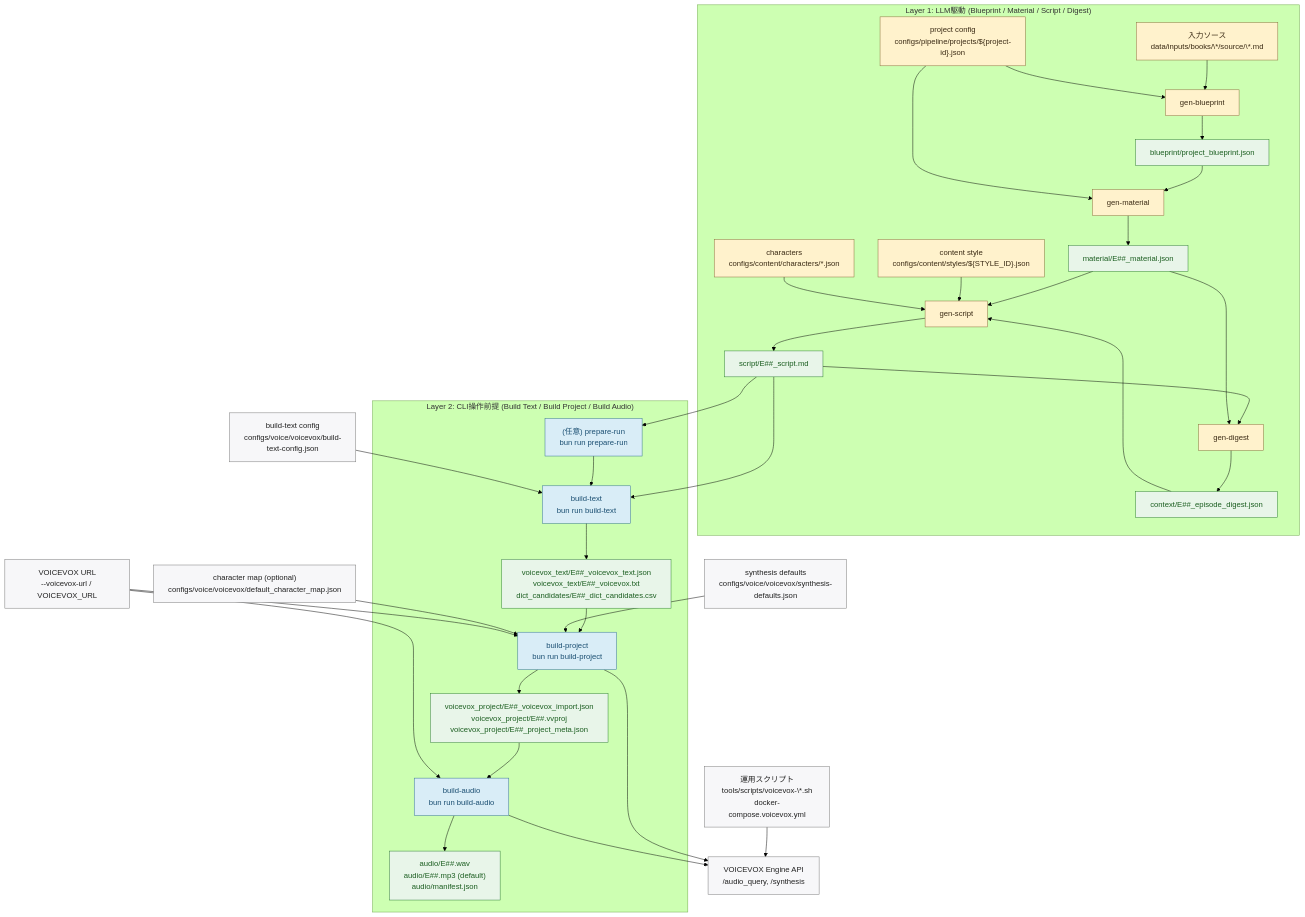
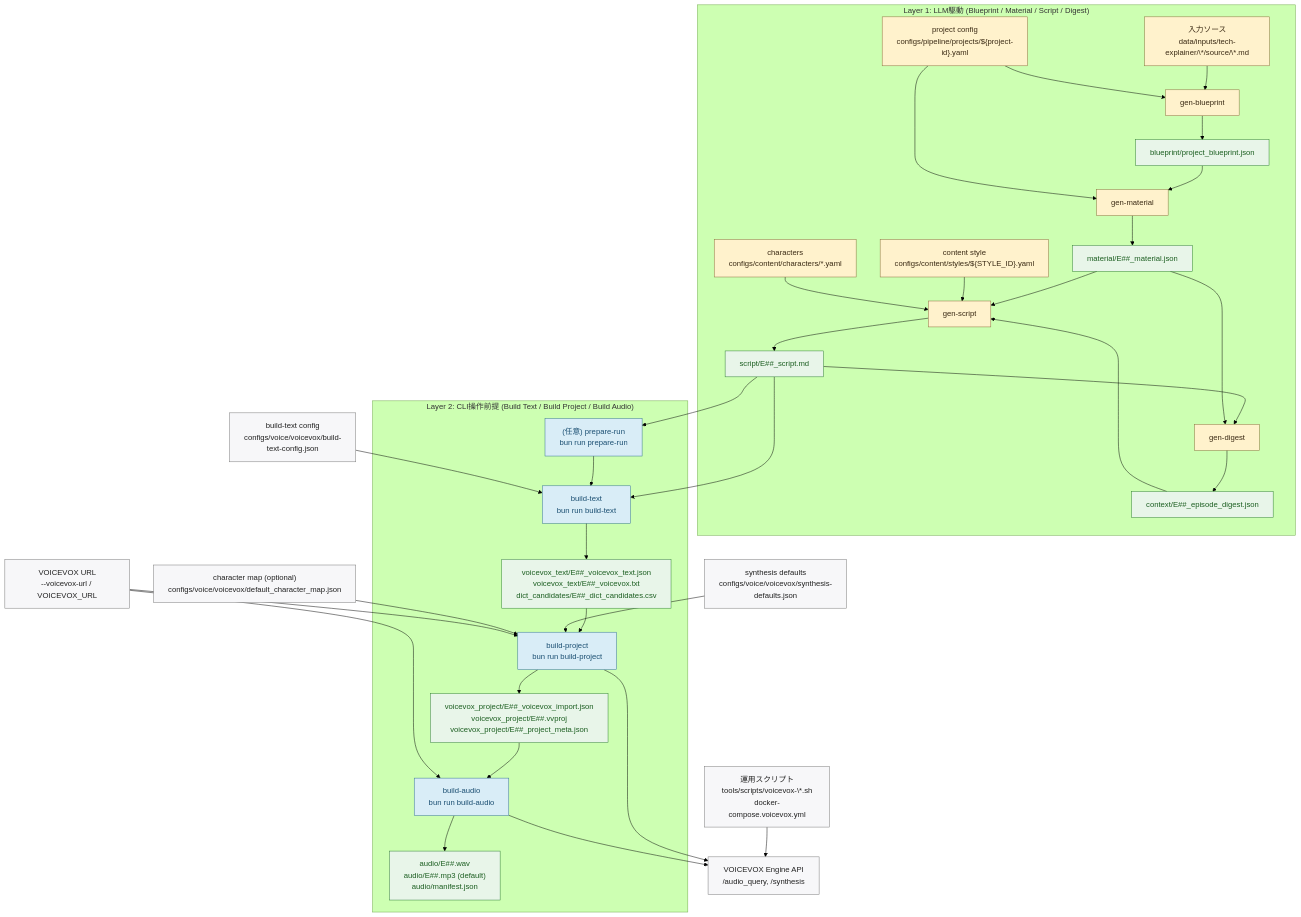
Before and after one commit to niroe5tar64/narrative-vox: the diagram in docs/architecture/pipeline.md, drawn with Mermaid (forest theme). The commit also changed other lines of this file and 14 other files, not shown here.

First line of the commit message:
docs: config migration に伴うドキュメント参照を .yaml に更新

````diff
--- a/docs/architecture/pipeline.md
+++ b/docs/architecture/pipeline.md
@@ -12,74 +12,74 @@
 ```mermaid
 flowchart TB
   subgraph PromptFlow["Layer 1: LLM駆動 (Blueprint / Material / Script / Digest)"]
-    S["入力ソース<br/>data/inputs/books/\*/source/\*.md"]
-    PCFG["project config<br/>configs/pipeline/projects/${project-id}.json"]
-    STY["content style<br/>configs/content/styles/${STYLE_ID}.json"]
-    CHR["characters<br/>configs/content/characters/*.json"]
+    S["入力ソース<br/>data/inputs/tech-explainer/\*/source/\*.md"]
+    PCFG["project config<br/>configs/pipeline/projects/${project-id}.yaml"]
+    STY["content style<br/>configs/content/styles/${STYLE_ID}.yaml"]
+    CHR["characters<br/>configs/content/characters/*.yaml"]
     P1["gen-blueprint"]
     O1["blueprint/project_blueprint.json"]
     P2["gen-material"]
     O2["material/E##_material.json"]
     P3["gen-script"]
     O3["script/E##_script.md"]
     P4["gen-digest"]
     O4D["context/E##_episode_digest.json"]
     S --> P1
     PCFG --> P1
     P1 --> O1
     O1 --> P2
     PCFG --> P2
     P2 --> O2
     O2 --> P3
     STY --> P3
     CHR --> P3
     O4D --> P3
     P3 --> O3
     O3 --> P4
     O2 --> P4
     P4 --> O4D
   end
 
   subgraph CliFlow["Layer 2: CLI操作前提 (Build Text / Build Project / Build Audio)"]
     C0["(任意) prepare-run<br/>bun run prepare-run"]
     C1["build-text<br/>bun run build-text"]
     C2["build-project<br/>bun run build-project"]
     C3["build-audio<br/>bun run build-audio"]
     O4["voicevox_text/E##_voicevox_text.json<br/>voicevox_text/E##_voicevox.txt<br/>dict_candidates/E##_dict_candidates.csv"]
     O5["voicevox_project/E##_voicevox_import.json<br/>voicevox_project/E##.vvproj<br/>voicevox_project/E##_project_meta.json"]
     O6["audio/E##.wav<br/>audio/E##.mp3 (default)<br/>audio/manifest.json"]
     C0 --> C1
     C1 --> O4
     O4 --> C2
     C2 --> O5
     O5 --> C3
     C3 --> O6
   end
 
   CFG4["build-text config<br/>configs/voice/voicevox/build-text-config.json"]
   CFG5P["synthesis defaults<br/>configs/voice/voicevox/synthesis-defaults.json"]
   CFG5S["character map (optional)<br/>configs/voice/voicevox/default_character_map.json"]
   VXURL["VOICEVOX URL<br/>--voicevox-url / VOICEVOX_URL"]
   VXAPI["VOICEVOX Engine API<br/>/audio_query, /synthesis"]
   VXSCRIPT["運用スクリプト<br/>tools/scripts/voicevox-\*.sh<br/>docker-compose.voicevox.yml"]
 
   O3 --> C0
   O3 --> C1
   CFG4 --> C1
   CFG5P --> C2
   CFG5S --> C2
   VXURL --> C2
   VXURL --> C3
   VXSCRIPT --> VXAPI
   C2 --> VXAPI
   C3 --> VXAPI
 
   classDef prompt fill:#fff2cc,stroke:#8a6d3b,color:#3a2a14;
   classDef cli fill:#d9edf7,stroke:#31708f,color:#1b4f72;
   classDef cfg fill:#f7f7f9,stroke:#777,color:#222;
   classDef out fill:#e8f5e9,stroke:#2e7d32,color:#1b5e20;
   class S,PCFG,STY,CHR,P1,P2,P3,P4 prompt;
   class C0,C1,C2,C3 cli;
   class CFG4,CFG5P,CFG5S,VXURL,VXAPI,VXSCRIPT cfg;
   class O1,O2,O3,O4D,O4,O5,O6 out;
 ```
````
